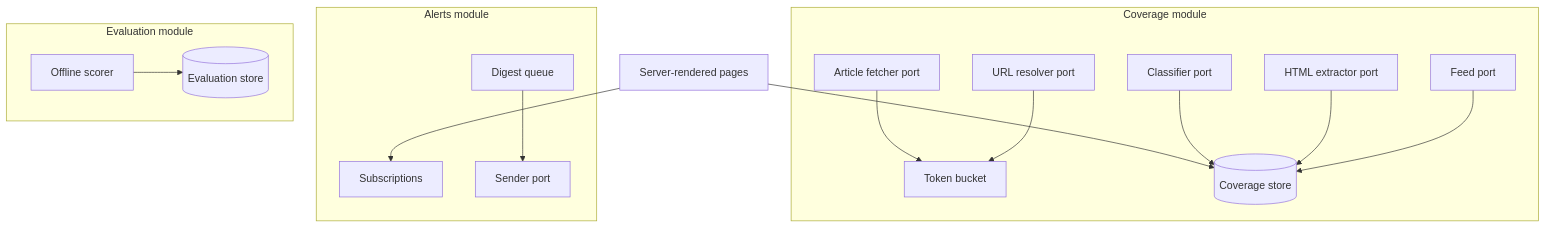
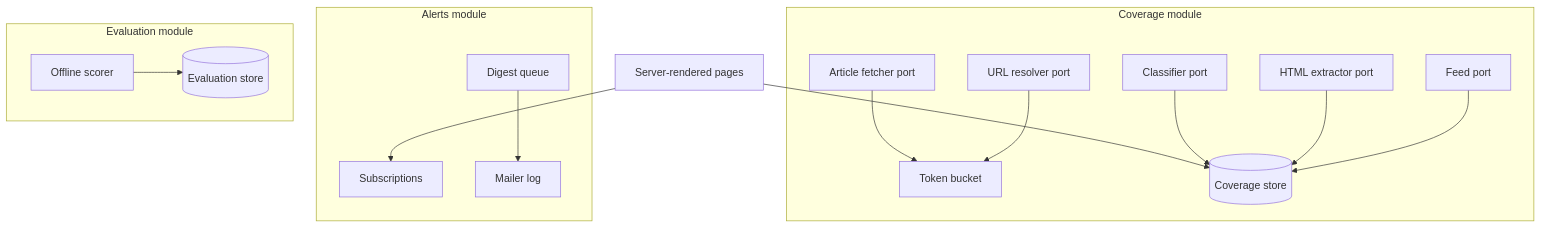
One commit to itayavtalyon/press-mentions changed the second of 8 diagrams in docs/ARCHITECTURE.md. Above: the diagram before and after it, drawn with Mermaid. The commit also changed other lines of this file and 374 other files, not shown here.

````diff
--- a/docs/ARCHITECTURE.md
+++ b/docs/ARCHITECTURE.md
@@ -62,31 +65,31 @@
 ```mermaid
 flowchart TB
   subgraph coverageMod [Coverage module]
     feed[Feed port]
     resolver[URL resolver port]
     fetcher[Article fetcher port]
     extractor[HTML extractor port]
     classifier[Classifier port]
     bucket[Token bucket]
     coverageDb[(Coverage store)]
   end
   subgraph alertsMod [Alerts module]
     subs[Subscriptions]
     queue[Digest queue]
-    sender[Sender port]
+    mailLog[Mailer log]
   end
   subgraph evalMod [Evaluation module]
     scorer[Offline scorer]
     evalDb[(Evaluation store)]
   end
   dashboard[Server-rendered pages]
   feed --> coverageDb
   resolver --> bucket
   fetcher --> bucket
   extractor --> coverageDb
   classifier --> coverageDb
   dashboard --> coverageDb
   dashboard --> subs
-  queue --> sender
+  queue --> mailLog
   scorer --> evalDb
 ```
````
